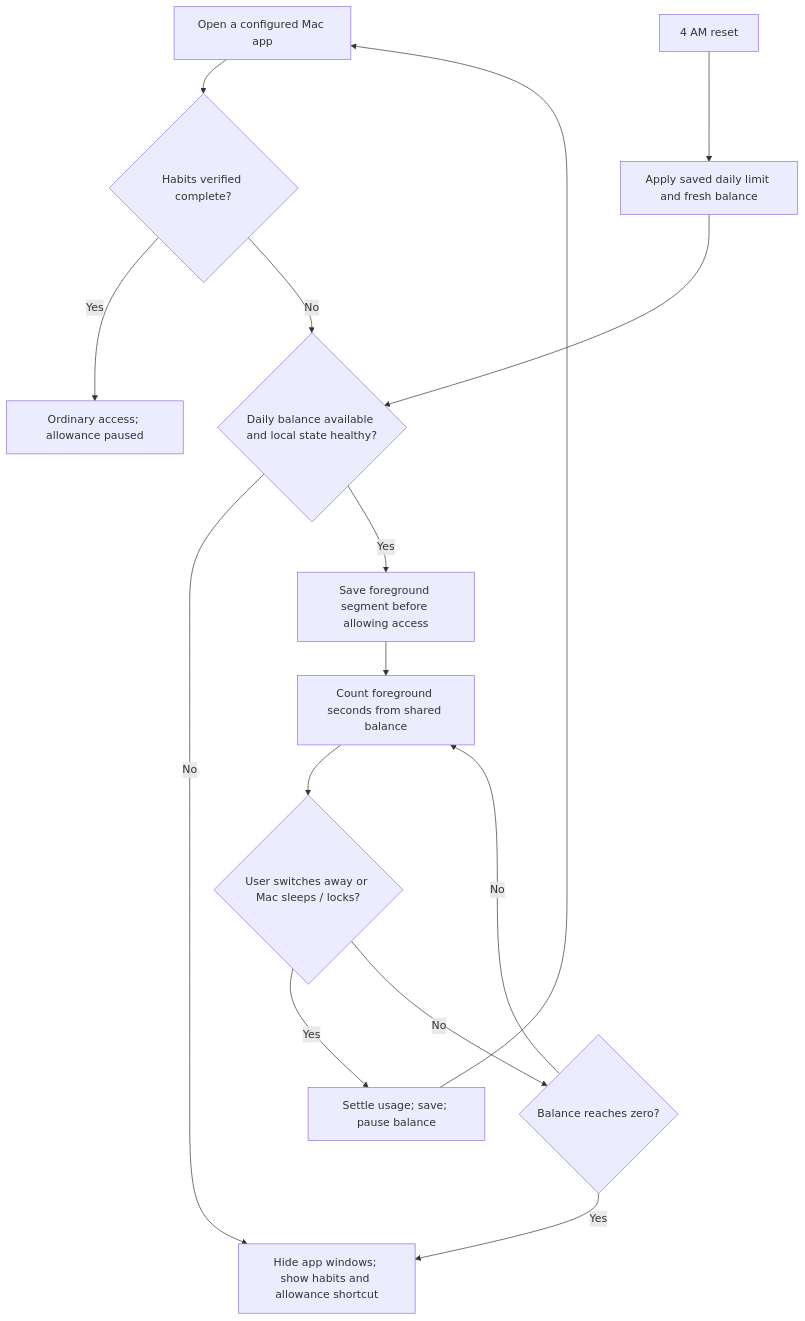
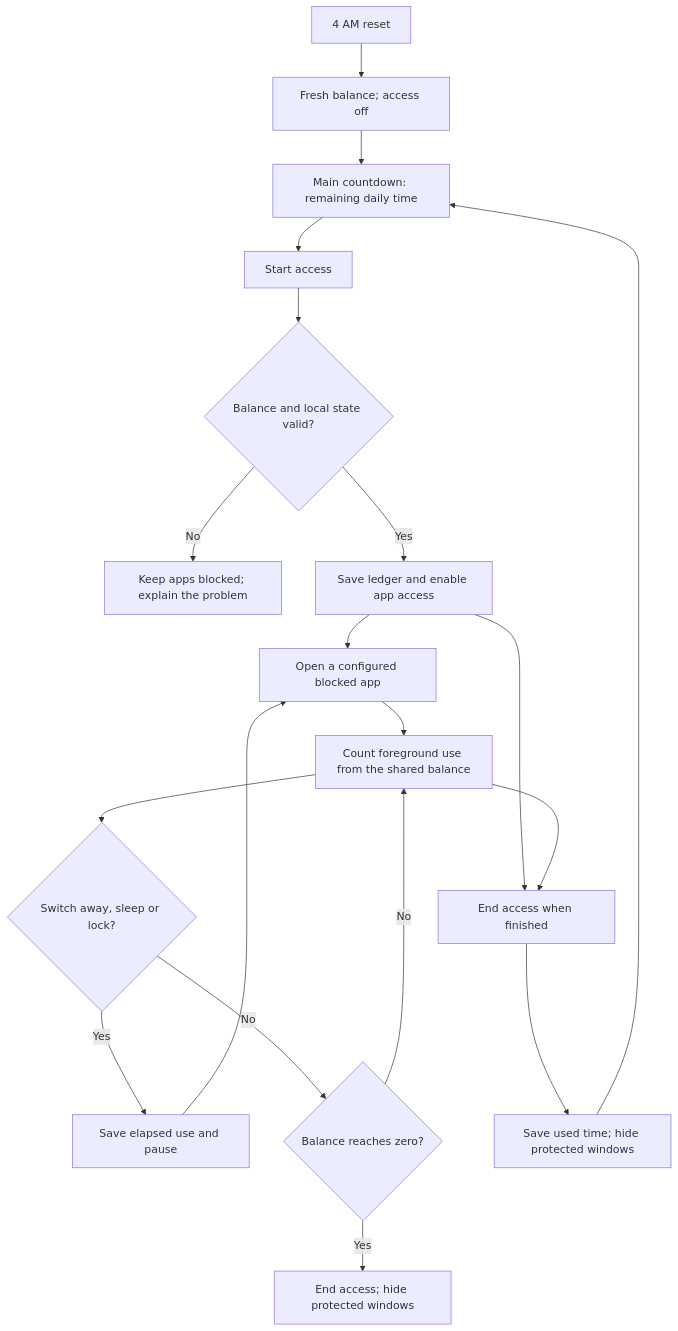
One commit to quanth238/habit-gate changed the first of 2 diagrams in docs/DAILY-ACCESS.md. Above: the diagram before and after it, drawn with Mermaid. The commit also changed other lines of this file and 18 other files, not shown here.

Commit message:
Add manual daily access controls and move allowance editing to Settings

````diff
--- a/docs/DAILY-ACCESS.md
+++ b/docs/DAILY-ACCESS.md
@@ -24,17 +28,21 @@
 ```mermaid
 flowchart TD
-    A[Open a configured Mac app] --> B{Habits verified complete?}
-    B -->|Yes| C[Ordinary access; allowance paused]
-    B -->|No| D{Daily balance available and local state healthy?}
-    D -->|No| E[Hide app windows; show habits and allowance shortcut]
-    D -->|Yes| F[Save foreground segment before allowing access]
-    F --> G[Count foreground seconds from shared balance]
-    G --> H{User switches away or Mac sleeps / locks?}
-    H -->|Yes| I[Settle usage; save; pause balance]
-    I --> A
+    A[Main countdown: remaining daily time] --> B[Start access]
+    B --> C{Balance and local state valid?}
+    C -->|No| D[Keep apps blocked; explain the problem]
+    C -->|Yes| E[Save ledger and enable app access]
+    E --> F[Open a configured blocked app]
+    F --> G[Count foreground use from the shared balance]
+    G --> H{Switch away, sleep or lock?}
+    H -->|Yes| I[Save elapsed use and pause]
+    I --> F
     H -->|No| J{Balance reaches zero?}
     J -->|No| G
-    J -->|Yes| E
-    K[4 AM reset] --> L[Apply saved daily limit and fresh balance]
-    L --> D
+    J -->|Yes| K[End access; hide protected windows]
+    E --> L[End access when finished]
+    G --> L
+    L --> M[Save used time; hide protected windows]
+    M --> A
+    N[4 AM reset] --> O[Fresh balance; access off]
+    O --> A
 ```
````
